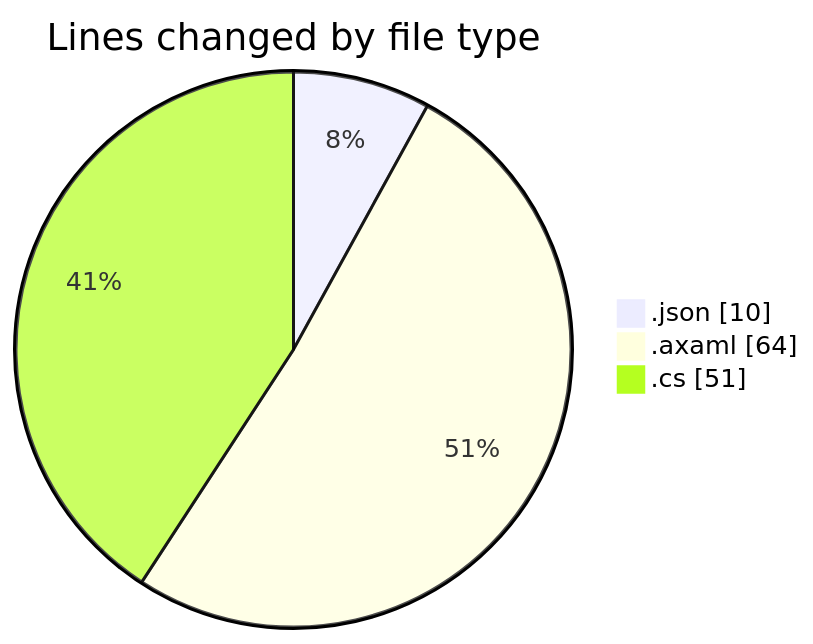
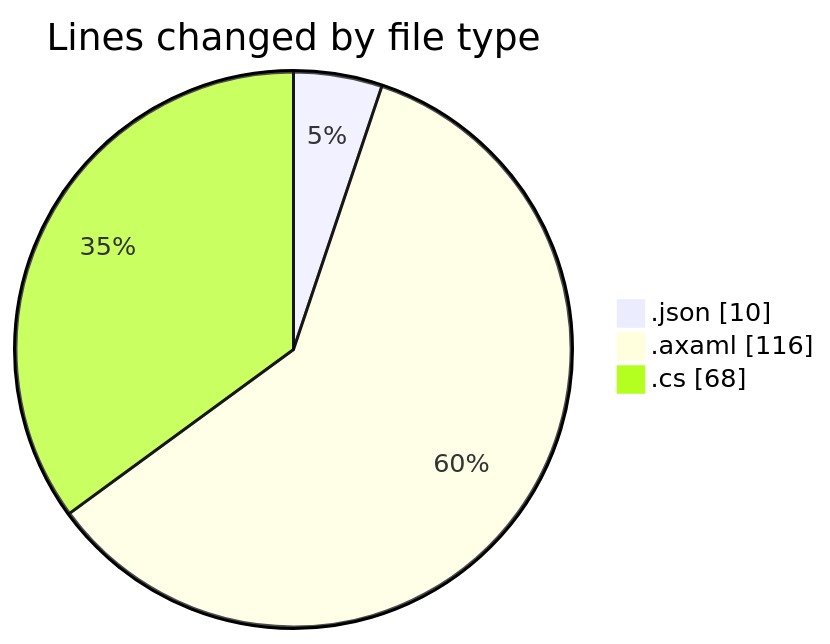
Before and after one commit to Netris89/code-tracking: the first of 2 diagrams in 2025-10-15/skintrack/README.md, drawn with Mermaid. The commit also changed other lines of this file and 1 other file, not shown here.

````diff
--- a/2025-10-15/skintrack/README.md
+++ b/2025-10-15/skintrack/README.md
@@ -23,7 +25,7 @@
 ```mermaid
 pie showData
 title Lines changed by file type
 ".json" : 10
-".axaml" : 64
-".cs" : 51
+".axaml" : 116
+".cs" : 68
 ```
````
